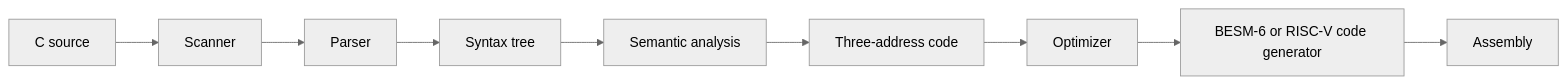
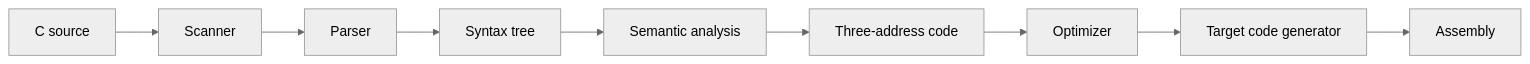
The diagram in README.md (sergev/vcc), drawn with Mermaid (neutral theme) before and after one commit. The commit also changed other lines of this file and 46 other files, not shown here.

First line of the commit message:
Install into share/vcc/<target>; move BESM-6 docs to backend/besm6

````diff
--- a/README.md
+++ b/README.md
@@ -55,6 +40,6 @@
 ```mermaid
 flowchart LR
     Source[C source] --> Scanner --> Parser --> Tree[Syntax tree]
     Tree --> Semantic[Semantic analysis] --> TAC[Three-address code]
-    TAC --> Optimizer --> Codegen[BESM-6 or RISC-V code generator] --> Asm[Assembly]
+    TAC --> Optimizer --> Codegen[Target code generator] --> Asm[Assembly]
 ```
````
